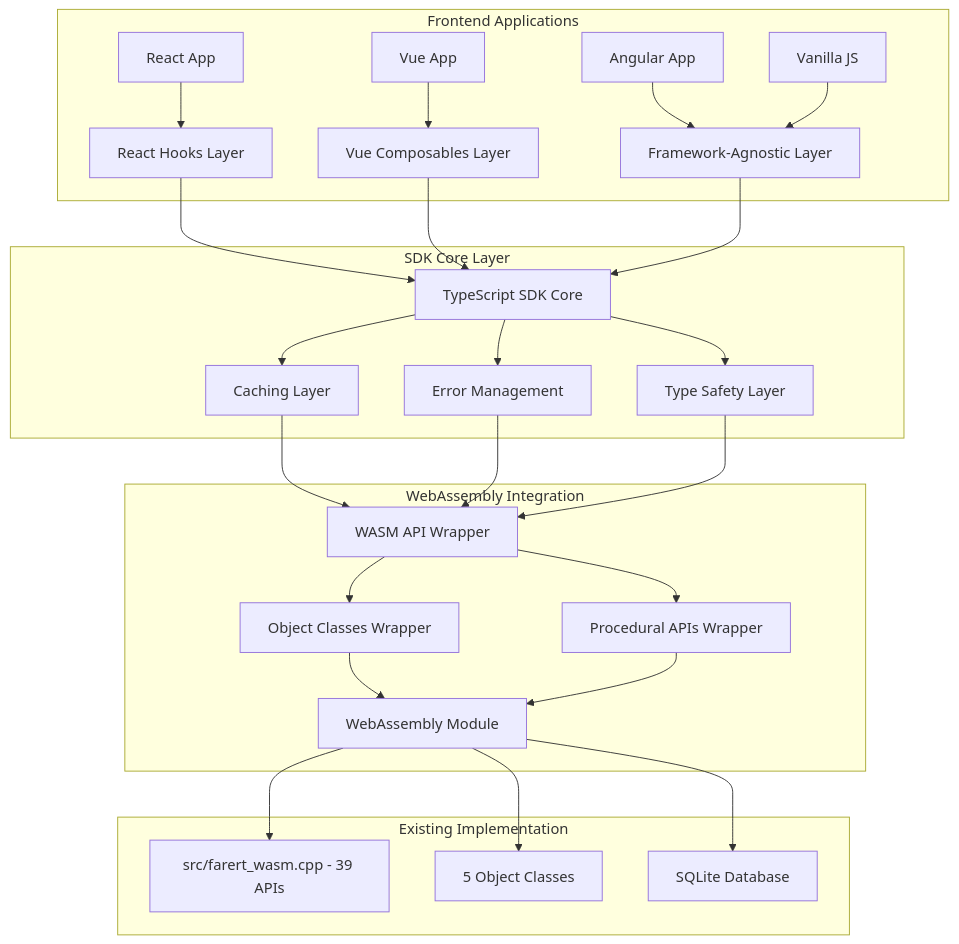
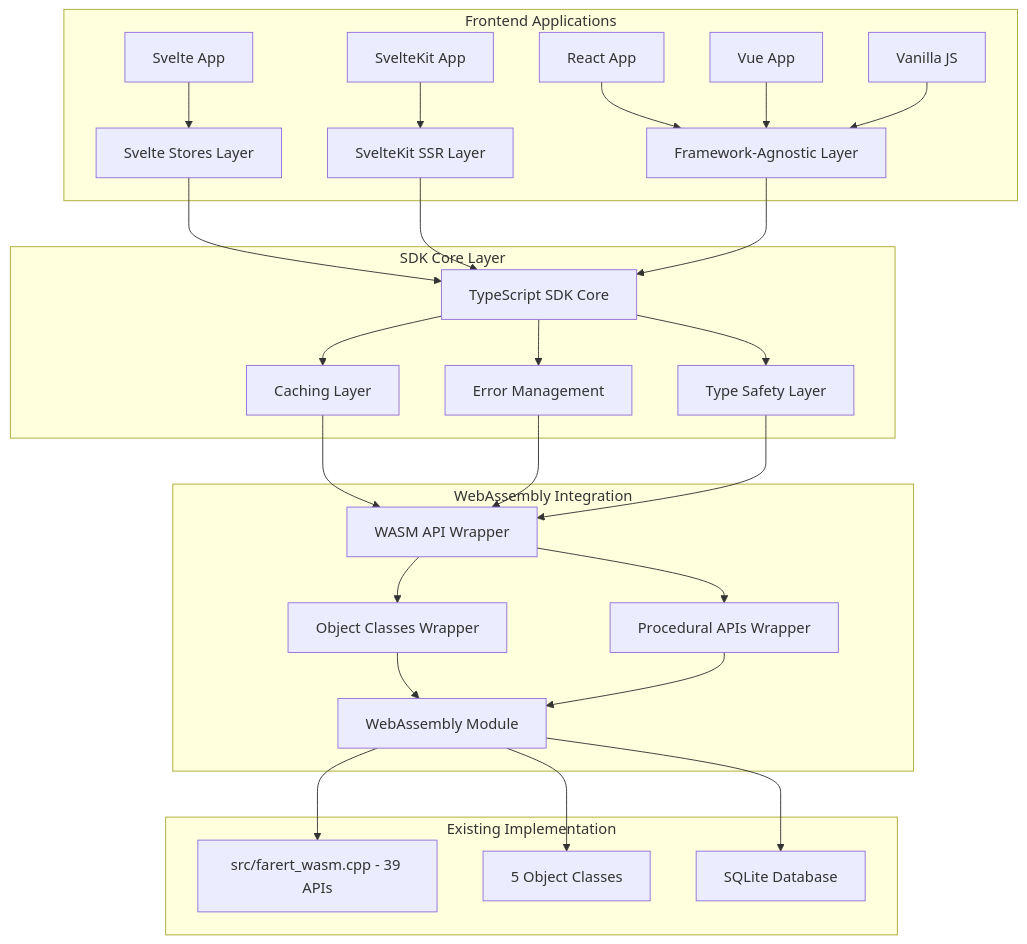
The first of 2 diagrams in .claude/specs/frontend-api-layer/design.md (farert/farert-wasm), drawn with Mermaid before and after one commit. The commit also changed other lines of this file and 4 other files, not shown here.

Commit message:
Change Target front-end to Svelte from react.

````diff
--- a/.claude/specs/frontend-api-layer/design.md
+++ b/.claude/specs/frontend-api-layer/design.md
@@ -42,34 +43,35 @@
 ```mermaid
 graph TB
     subgraph "Frontend Applications"
-        A[React App] --> B[React Hooks Layer]
-        C[Vue App] --> D[Vue Composables Layer]
-        E[Angular App] --> F[Framework-Agnostic Layer]
-        G[Vanilla JS] --> F
+        A[Svelte App] --> B[Svelte Stores Layer]
+        C[SvelteKit App] --> D[SvelteKit SSR Layer]
+        E[React App] --> F[Framework-Agnostic Layer]
+        G[Vue App] --> F
+        H[Vanilla JS] --> F
     end
     
     subgraph "SDK Core Layer"
-        B --> H[TypeScript SDK Core]
-        D --> H
-        F --> H
-        H --> I[Caching Layer]
-        H --> J[Error Management]
-        H --> K[Type Safety Layer]
+        B --> I[TypeScript SDK Core]
+        D --> I
+        F --> I
+        I --> J[Caching Layer]
+        I --> K[Error Management]
+        I --> L[Type Safety Layer]
     end
     
     subgraph "WebAssembly Integration"
-        I --> L[WASM API Wrapper]
-        J --> L
-        K --> L
-        L --> M[Object Classes Wrapper]
-        L --> N[Procedural APIs Wrapper]
-        M --> O[WebAssembly Module]
-        N --> O
+        J --> M[WASM API Wrapper]
+        K --> M
+        L --> M
+        M --> N[Object Classes Wrapper]
+        M --> O[Procedural APIs Wrapper]
+        N --> P[WebAssembly Module]
+        O --> P
     end
     
     subgraph "Existing Implementation"
-        O --> P[src/farert_wasm.cpp - 39 APIs]
-        O --> Q[5 Object Classes]
-        O --> R[SQLite Database]
+        P --> Q[src/farert_wasm.cpp - 39 APIs]
+        P --> R[5 Object Classes]
+        P --> S[SQLite Database]
     end
 ```
````
